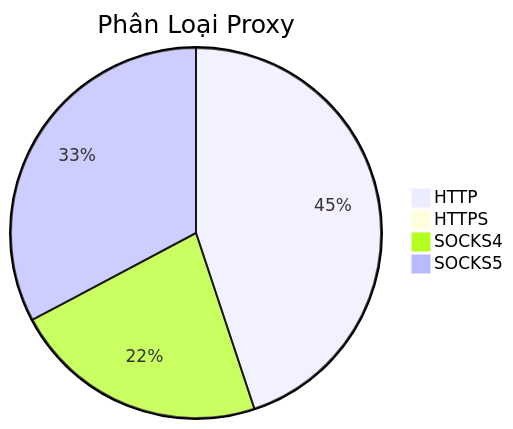
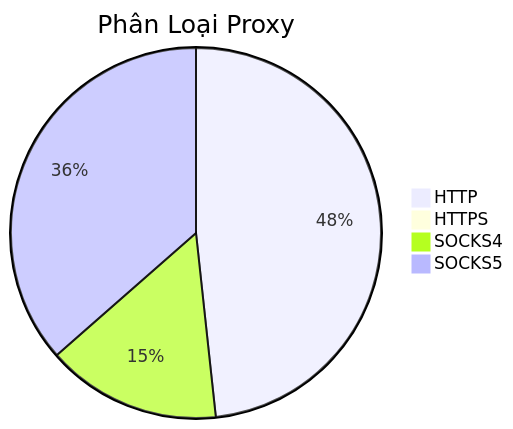
Before and after one commit to Ciara-12/PROXY-free: the diagram in README.md, drawn with Mermaid. The commit also changed other lines of this file and 3 other files, not shown here.

````diff
--- a/README.md
+++ b/README.md
@@ -26,7 +26,7 @@
 ```mermaid
 pie title Phân Loại Proxy
-    "HTTP" : 581
+    "HTTP" : 1045
     "HTTPS" : 1
-    "SOCKS4" : 289
-    "SOCKS5" : 424
+    "SOCKS4" : 330
+    "SOCKS5" : 789
 ```
````
